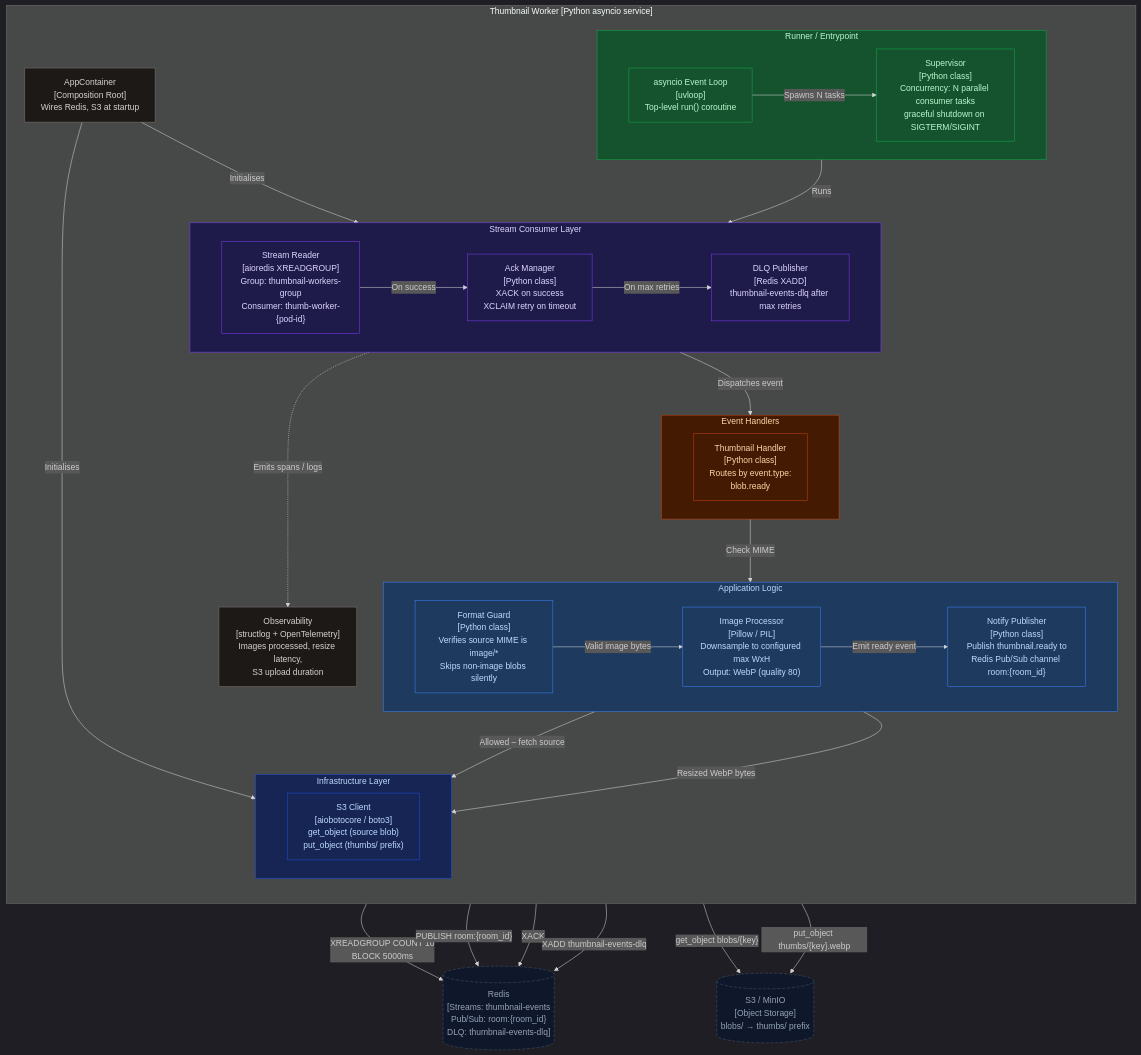
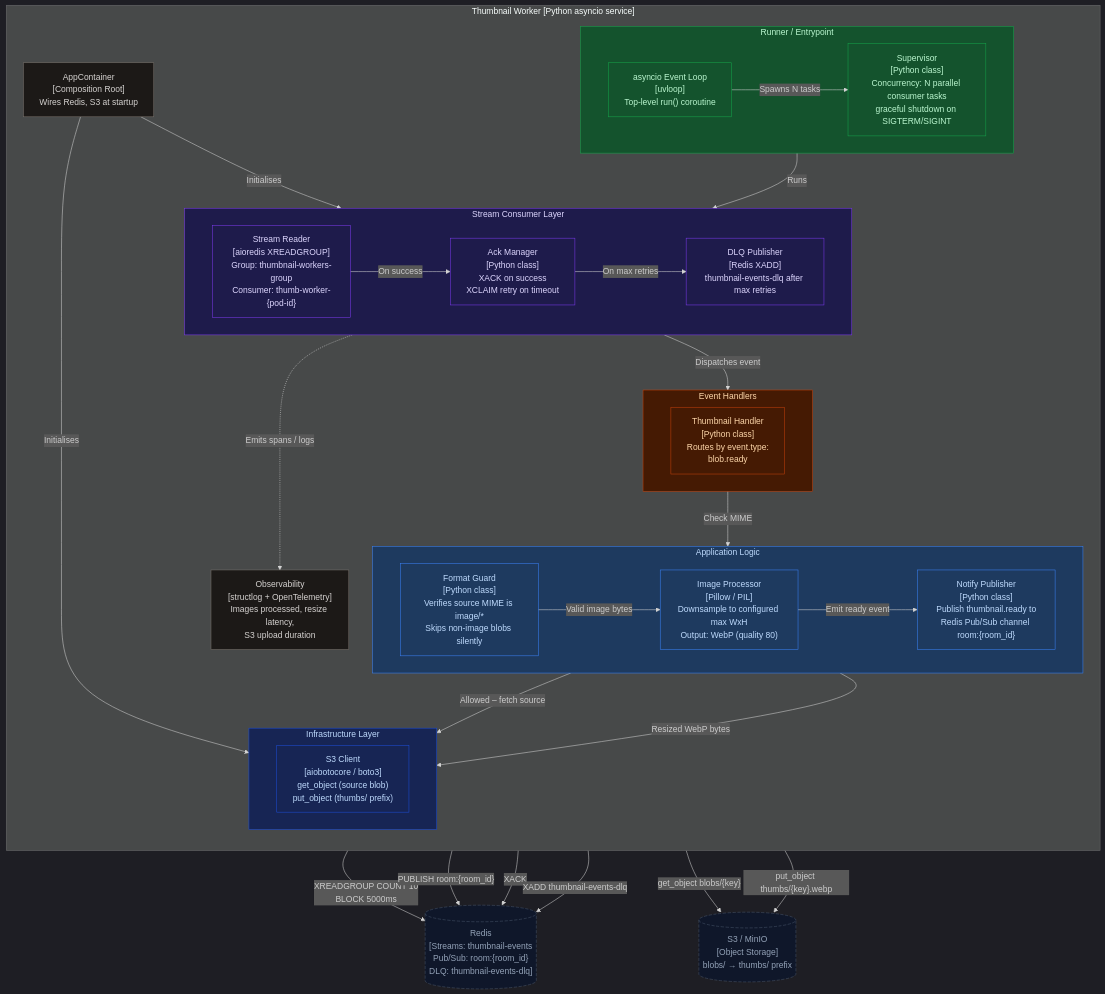
Before and after one commit to aaron-fredrick/kairo: the diagram in docs/architecture/c4/3-component-thumbnail-worker.mmd, drawn with Mermaid. The commit also changed 18 other files, not shown here.

Commit message:
docs(architecture): Standardize C4 mermaid themes, add deployment diagram, and rewrite code diagrams as UML class diagrams

```diff
--- a/docs/architecture/c4/3-component-thumbnail-worker.mmd
+++ b/docs/architecture/c4/3-component-thumbnail-worker.mmd
@@ -1,101 +1,101 @@
 %%{init: {
   "theme": "dark",
   "flowchart": {
-    "nodeSpacing": 50,
-    "rankSpacing": 70
+    "nodeSpacing": 45,
+    "rankSpacing": 55
   }
 }}%%
 
 flowchart TB
     %% ── C4 Level 3 – Thumbnail Worker ────────────────────────────────────────
     %% Responsibilities:
     %%   - Consumes `thumbnail-events` Redis Stream via XREADGROUP
     %%   - Downloads the source blob from S3, generates thumbnail via Pillow
     %%   - Uploads the thumbnail to S3 under a thumbs/ prefix
     %%   - Publishes `thumbnail.ready` event via Redis Pub/Sub so WS clients
     %%     can refresh their attachment preview in real-time
     %%   - Dead-letter: after N retries, moves event to a DLQ stream
 
     subgraph KairoThumbWorker["Thumbnail Worker  [Python asyncio service]"]
         direction TB
 
         subgraph Runner["Runner / Entrypoint"]
             direction LR
             EventLoop["asyncio Event Loop<br/>[uvloop]<br/>Top-level run() coroutine"]
             Supervisor["Supervisor<br/>[Python class]<br/>Concurrency: N parallel consumer tasks<br/>graceful shutdown on SIGTERM/SIGINT"]
         end
 
         subgraph Consumer["Stream Consumer Layer"]
             direction LR
             StreamReader["Stream Reader<br/>[aioredis XREADGROUP]<br/>Group: thumbnail-workers-group<br/>Consumer: thumb-worker-{pod-id}"]
             AckManager["Ack Manager<br/>[Python class]<br/>XACK on success<br/>XCLAIM retry on timeout"]
             DLQPublisher["DLQ Publisher<br/>[Redis XADD]<br/>thumbnail-events-dlq after max retries"]
         end
 
         subgraph Handlers["Event Handlers"]
             direction LR
             ThumbHandler["Thumbnail Handler<br/>[Python class]<br/>Routes by event.type:<br/>  blob.ready"]
         end
 
         subgraph AppLogic["Application Logic"]
             direction LR
             ImageProcessor["Image Processor<br/>[Pillow / PIL]<br/>Downsample to configured max WxH<br/>Output: WebP (quality 80)"]
             FormatGuard["Format Guard<br/>[Python class]<br/>Verifies source MIME is image/*<br/>Skips non-image blobs silently"]
             NotifyPublisher["Notify Publisher<br/>[Python class]<br/>Publish thumbnail.ready to<br/>Redis Pub/Sub channel room:{room_id}"]
         end
 
         subgraph Infra["Infrastructure Layer"]
             direction LR
             S3Client["S3 Client<br/>[aiobotocore / boto3]<br/>get_object (source blob)<br/>put_object (thumbs/ prefix)"]
         end
 
         Observability["Observability<br/>[structlog + OpenTelemetry]<br/>Images processed, resize latency,<br/>S3 upload duration"]
         Container["AppContainer<br/>[Composition Root]<br/>Wires Redis, S3 at startup"]
     end
 
     %% ── External Systems ──────────────────────────────────────────────────────
     Redis[("Redis<br/>[Streams: thumbnail-events<br/>Pub/Sub: room:{room_id}<br/>DLQ: thumbnail-events-dlq]")]
     Storage[("S3 / MinIO<br/>[Object Storage]<br/>blobs/ → thumbs/ prefix")]
 
     %% ── Flows ─────────────────────────────────────────────────────────────────
     EventLoop -->|"Spawns N tasks"| Supervisor
     Supervisor -->|"Runs"| StreamReader
 
     StreamReader -->|"XREADGROUP COUNT 10<br/>BLOCK 5000ms"| Redis
     StreamReader -->|"Dispatches event"| ThumbHandler
 
     ThumbHandler -->|"Check MIME"| FormatGuard
     FormatGuard -->|"Allowed – fetch source"| S3Client
     S3Client -->|"get_object blobs/{key}"| Storage
 
     FormatGuard -->|"Valid image bytes"| ImageProcessor
     ImageProcessor -->|"Resized WebP bytes"| S3Client
     S3Client -->|"put_object thumbs/{key}.webp"| Storage
 
     ImageProcessor -->|"Emit ready event"| NotifyPublisher
     NotifyPublisher -->|"PUBLISH room:{room_id}"| Redis
 
     StreamReader -->|"On success"| AckManager
     AckManager -->|"XACK"| Redis
     AckManager -->|"On max retries"| DLQPublisher
     DLQPublisher -->|"XADD thumbnail-events-dlq"| Redis
 
     Container -->|"Initialises"| StreamReader & S3Client
     StreamReader -..->|"Emits spans / logs"| Observability
 
     %% ── Styles ────────────────────────────────────────────────────────────────
     classDef runner      fill:#14532d,stroke:#16a34a,color:#bbf7d0
     classDef consumer    fill:#1e1b4b,stroke:#7c3aed,color:#ddd6fe
     classDef handlers    fill:#451a03,stroke:#c2410c,color:#fed7aa
     classDef applogic    fill:#1e3a5f,stroke:#3b82f6,color:#bfdbfe
     classDef infralayer  fill:#172554,stroke:#1d4ed8,color:#bfdbfe
     classDef external    fill:#0f172a,stroke:#475569,color:#94a3b8,stroke-dasharray:6 3
     classDef cross       fill:#1c1917,stroke:#78716c,color:#d6d3d1
 
     class Runner,EventLoop,Supervisor runner
     class Consumer,StreamReader,AckManager,DLQPublisher consumer
     class Handlers,ThumbHandler handlers
     class AppLogic,ImageProcessor,FormatGuard,NotifyPublisher applogic
     class Infra,S3Client infralayer
     class Observability,Container cross
     class Redis,Storage external
```
